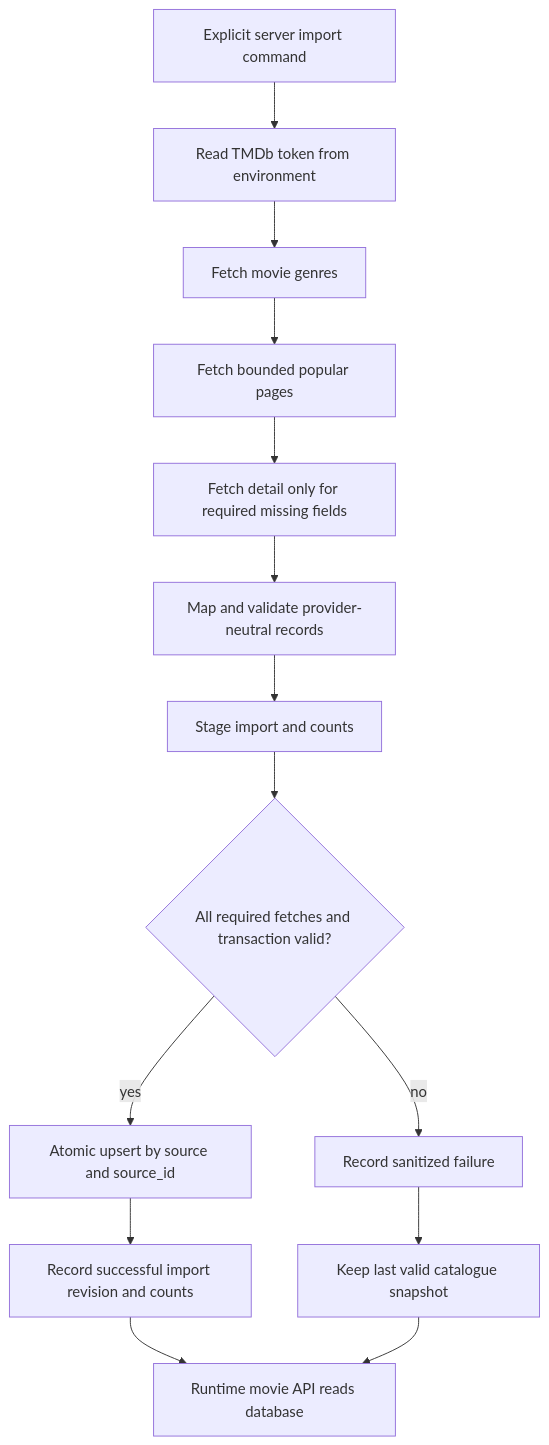
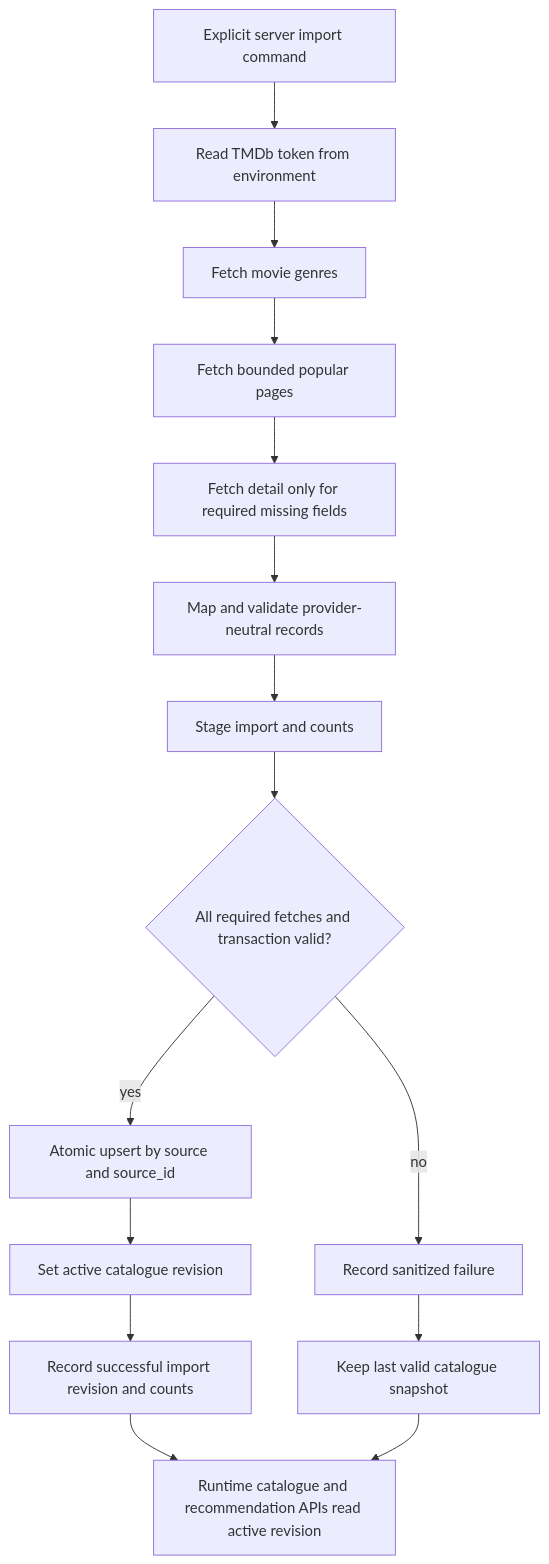
One commit to SE-FDA-NEU/ai66a_group3_C1_SE changed the second of 2 diagrams in docs/architecture.md. Above: the diagram before and after it, drawn with Mermaid. The commit also changed other lines of this file and 4 other files, not shown here.

````diff
--- a/docs/architecture.md
+++ b/docs/architecture.md
@@ -197,20 +253,21 @@
 ```mermaid
 flowchart TD
     Start[Explicit server import command]
     Secret[Read TMDb token from environment]
     Genres[Fetch movie genres]
     Popular[Fetch bounded popular pages]
     Detail[Fetch detail only for required missing fields]
     Map[Map and validate provider-neutral records]
     Stage[Stage import and counts]
     Commit{All required fetches and transaction valid?}
     Upsert[Atomic upsert by source and source_id]
+    Activate[Set active catalogue revision]
     Success[Record successful import revision and counts]
     Fail[Record sanitized failure]
     Keep[Keep last valid catalogue snapshot]
-    Runtime[Runtime movie API reads database]
+    Runtime[Runtime catalogue and recommendation APIs read active revision]
 
     Start --> Secret --> Genres --> Popular --> Detail --> Map --> Stage --> Commit
-    Commit -->|yes| Upsert --> Success --> Runtime
+    Commit -->|yes| Upsert --> Activate --> Success --> Runtime
     Commit -->|no| Fail --> Keep --> Runtime
 ```
````
